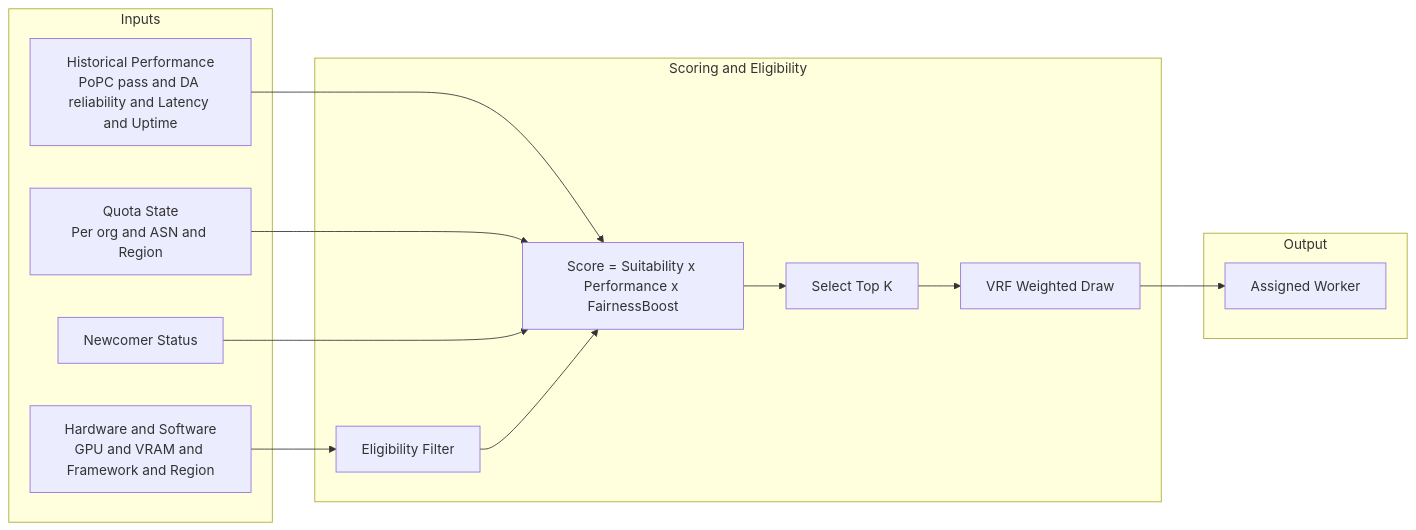
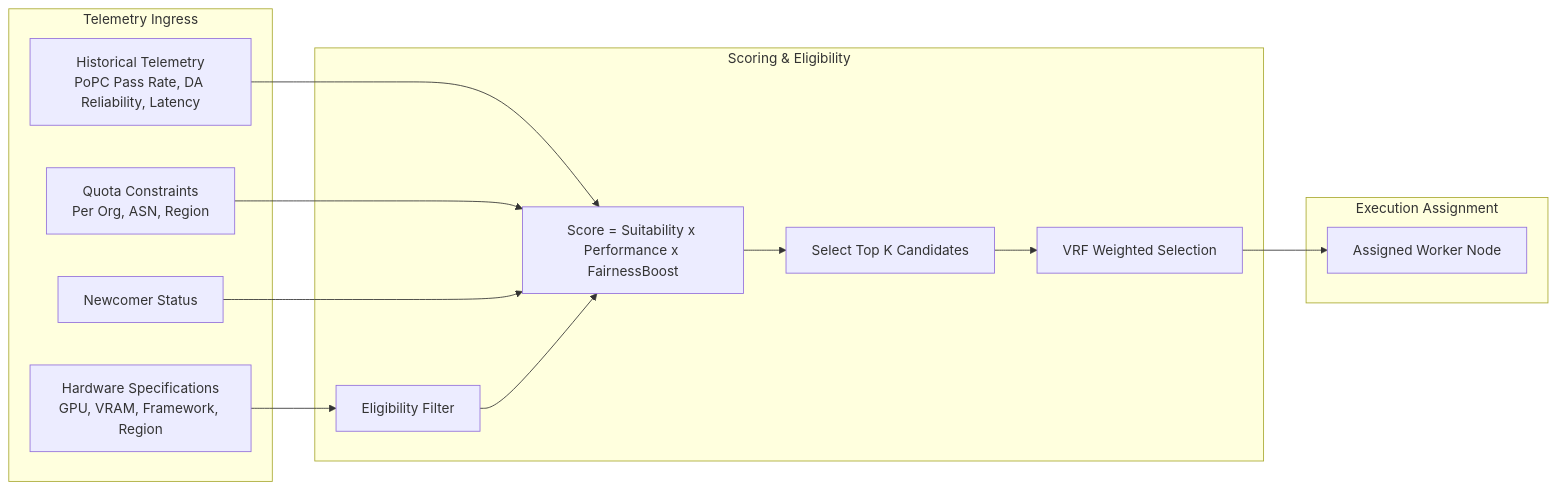
Before and after one commit to axionaxprotocol/nakharax: the third of 7 diagrams in docs/architecture/NAKHARAX_PROTOCOL.md, drawn with Mermaid. The commit also changed other lines of this file and 53 other files, not shown here.

````diff
--- a/docs/architecture/NAKHARAX_PROTOCOL.md
+++ b/docs/architecture/NAKHARAX_PROTOCOL.md
@@ -134,26 +121,26 @@
 ```mermaid
 flowchart LR
-    subgraph Inputs["Inputs"]
-        HW["Hardware and Software<br/>GPU and VRAM and Framework and Region"]
-        Hist["Historical Performance<br/>PoPC pass and DA reliability and Latency and Uptime"]
-        Quota["Quota State<br/>Per org and ASN and Region"]
+    subgraph Inputs["Telemetry Ingress"]
+        HW["Hardware Specifications<br/>GPU, VRAM, Framework, Region"]
+        Hist["Historical Telemetry<br/>PoPC Pass Rate, DA Reliability, Latency"]
+        Quota["Quota Constraints<br/>Per Org, ASN, Region"]
         New["Newcomer Status"]
     end
 
-    subgraph Scoring["Scoring and Eligibility"]
+    subgraph Scoring["Scoring & Eligibility"]
         Elig["Eligibility Filter"]
         Score["Score = Suitability x Performance x FairnessBoost"]
-        TopK["Select Top K"]
-        VRF["VRF Weighted Draw"]
+        TopK["Select Top K Candidates"]
+        VRF["VRF Weighted Selection"]
     end
 
-    subgraph Output["Output"]
-        Assign["Assigned Worker"]
+    subgraph Output["Execution Assignment"]
+        Assign["Assigned Worker Node"]
     end
 
     HW --> Elig
     Hist --> Score
     Quota --> Score
     New --> Score
     Elig --> Score --> TopK --> VRF --> Assign
 ```
````
